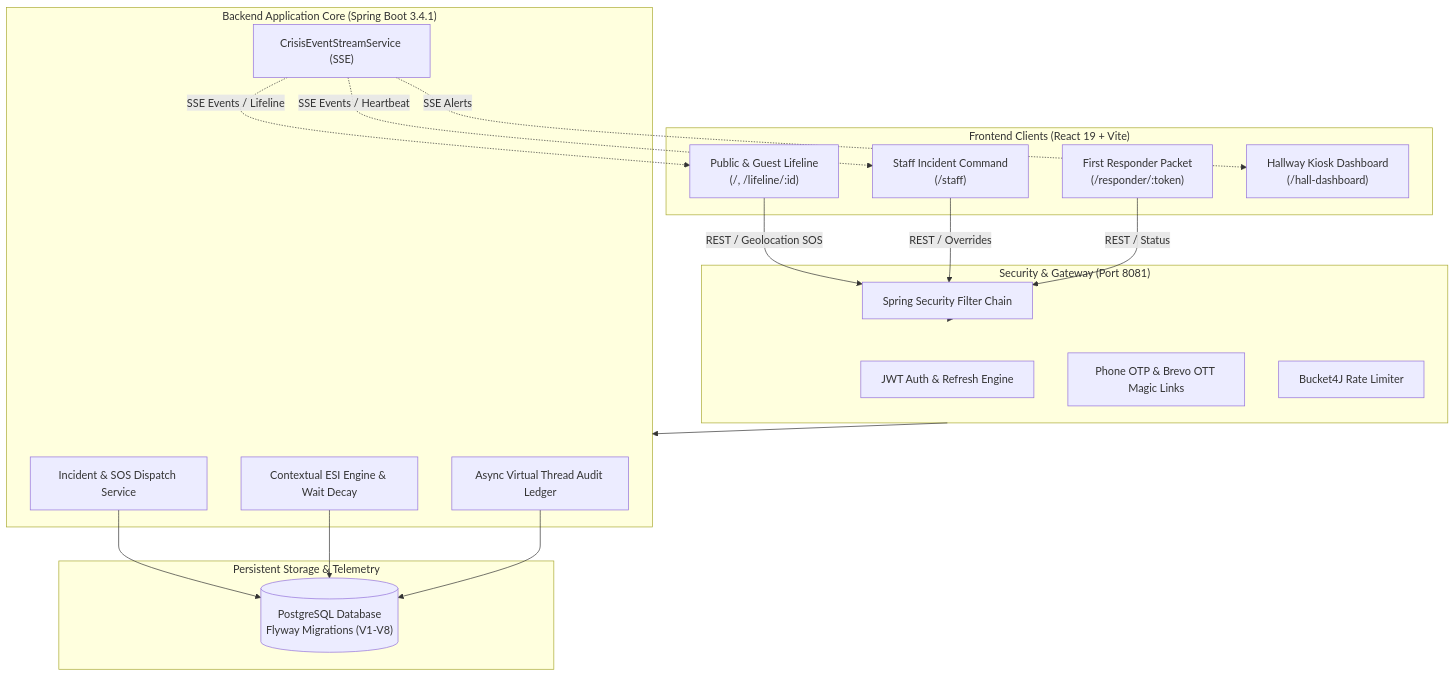
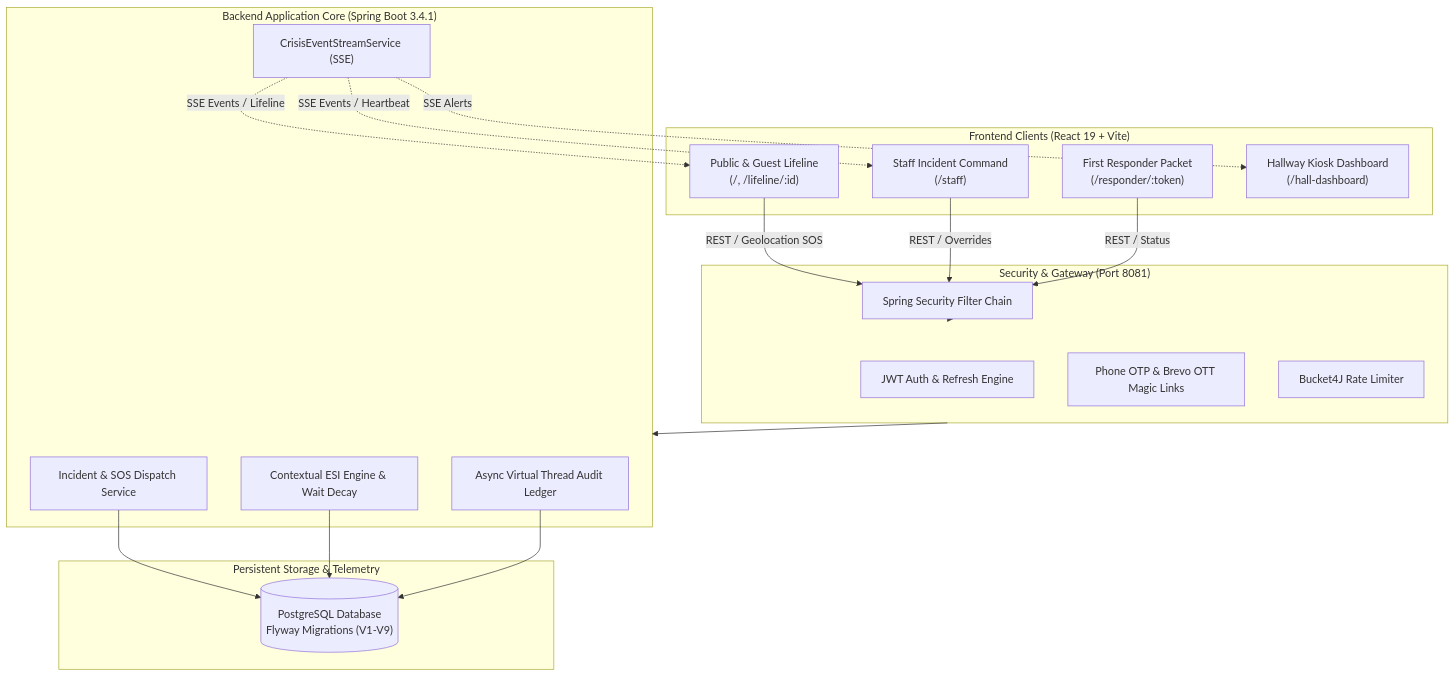
Before and after one commit to Mr-Red-Phoenix/OmniBridge: the diagram in README.md, drawn with Mermaid. The commit also changed other lines of this file and 19 other files, not shown here.

````diff
--- a/README.md
+++ b/README.md
@@ -81,42 +89,42 @@
 ```mermaid
 graph TD
     subgraph Clients["Frontend Clients (React 19 + Vite)"]
         Guest["Public & Guest Lifeline<br/>(/, /lifeline/:id)"]
         Staff["Staff Incident Command<br/>(/staff)"]
         Responder["First Responder Packet<br/>(/responder/:token)"]
         Hall["Hallway Kiosk Dashboard<br/>(/hall-dashboard)"]
     end
 
     subgraph SecurityLayer["Security & Gateway (Port 8081)"]
         SecFilter["Spring Security Filter Chain"]
         JWT["JWT Auth & Refresh Engine"]
         MFA["Phone OTP & Brevo OTT Magic Links"]
         RateLimit["Bucket4J Rate Limiter"]
     end
 
     subgraph CoreServices["Backend Application Core (Spring Boot 3.4.1)"]
         IncService["Incident & SOS Dispatch Service"]
         StreamService["CrisisEventStreamService (SSE)"]
         EsiEngine["Contextual ESI Engine & Wait Decay"]
         AuditLedger["Async Virtual Thread Audit Ledger"]
     end
 
     subgraph Storage["Persistent Storage & Telemetry"]
-        PG[("PostgreSQL Database<br/>Flyway Migrations (V1-V8)")]
+        PG[("PostgreSQL Database<br/>Flyway Migrations (V1-V9)")]
     end
 
     Guest -->|REST / Geolocation SOS| SecFilter
     Staff -->|REST / Overrides| SecFilter
     Responder -->|REST / Status| SecFilter
     
     SecFilter --> SecurityLayer
     SecurityLayer --> CoreServices
     
     IncService --> PG
     EsiEngine --> PG
     AuditLedger --> PG
     
     StreamService -.->|SSE Events / Heartbeat| Staff
     StreamService -.->|SSE Events / Lifeline| Guest
     StreamService -.->|SSE Alerts| Hall
 ```
````
